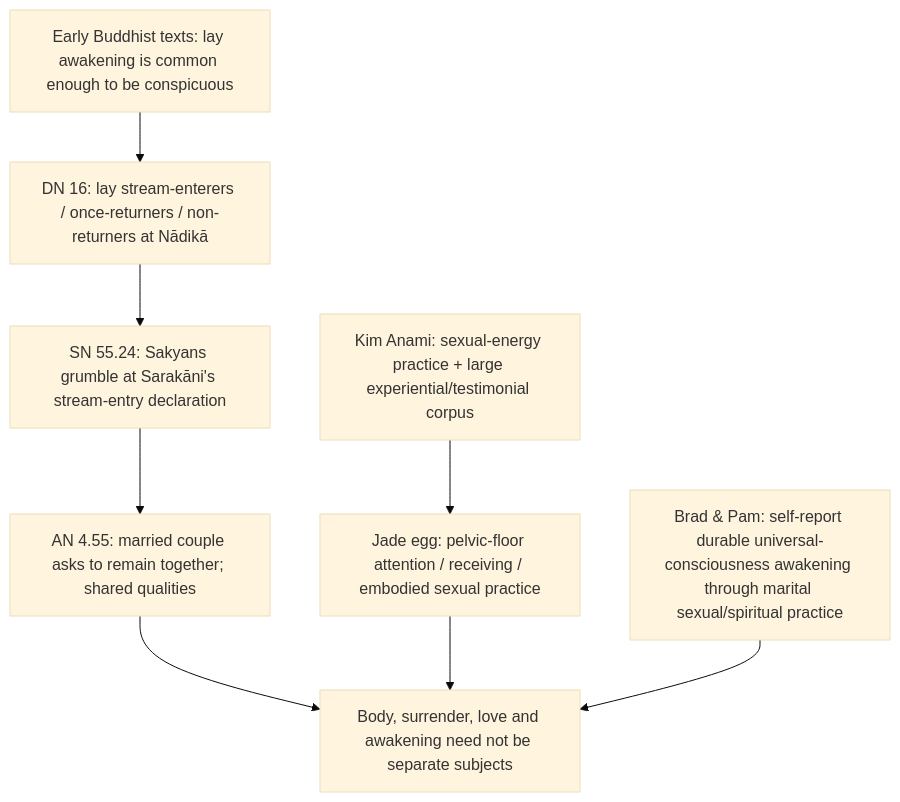
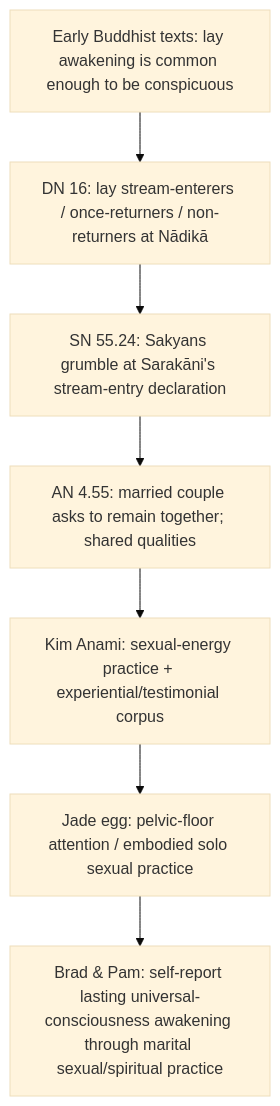
Diagram 11 of 14 in work/romance-current-assembly/ARCHITECTURE.md (u-dont-existDOTcom/pangram-humanization-lab), drawn with Mermaid (base theme) before and after one commit. The commit also changed other lines of this file, not shown here.

Commit message:
state: sync Romance architecture to 20496 candidate

````diff
--- a/work/romance-current-assembly/ARCHITECTURE.md
+++ b/work/romance-current-assembly/ARCHITECTURE.md
@@ -207,16 +210,13 @@
 ```mermaid
 flowchart TD
     early["Early Buddhist texts: lay awakening is common enough to be conspicuous"]
     dn16["DN 16: lay stream-enterers / once-returners / non-returners at Nādikā"]
     sarakani["SN 55.24: Sakyans grumble at Sarakāni's stream-entry declaration"]
     an455["AN 4.55: married couple asks to remain together; shared qualities"]
-    anami["Kim Anami: sexual-energy practice + large experiential/testimonial corpus"]
-    jade["Jade egg: pelvic-floor attention / receiving / embodied sexual practice"]
-    batgap["Brad & Pam: self-report durable universal-consciousness awakening through marital sexual/spiritual practice"]
-    synthesis["Body, surrender, love and awakening need not be separate subjects"]
+    anami["Kim Anami: sexual-energy practice + experiential/testimonial corpus"]
+    jade["Jade egg: pelvic-floor attention / embodied solo sexual practice"]
+    batgap["Brad & Pam: self-report lasting universal-consciousness awakening through marital sexual/spiritual practice"]
 
     early --> dn16 --> sarakani --> an455
-    an455 --> synthesis
-    anami --> jade --> synthesis
-    batgap --> synthesis
+    an455 --> anami --> jade --> batgap
 ```
````
